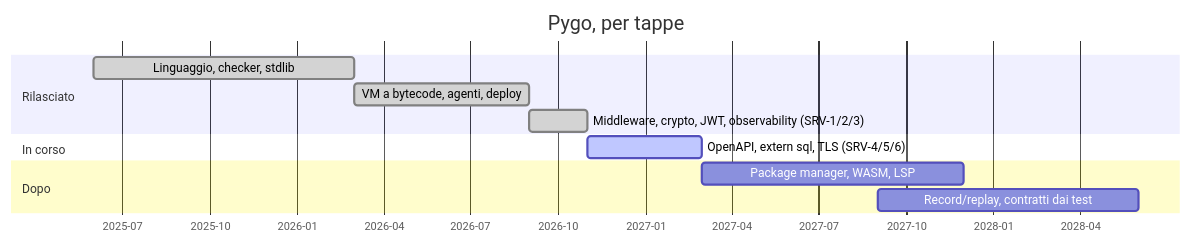
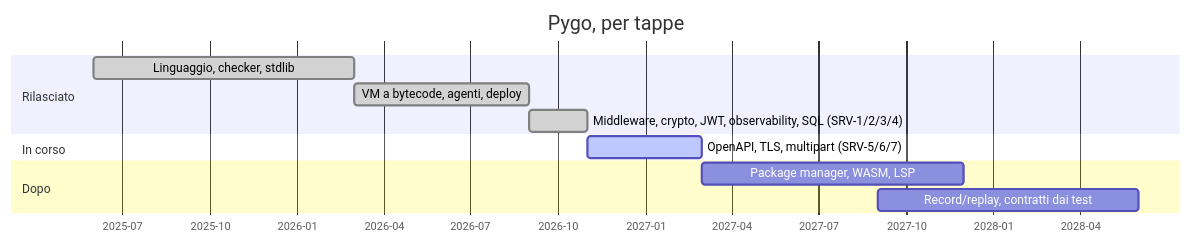
One commit to marcodc74/pygo changed the third of 3 diagrams in README.md. Above: the diagram before and after it, drawn with Mermaid. The commit also changed other lines of this file and 23 other files, not shown here.

First line of the commit message:
Add native PostgreSQL access as the sql stdlib module (SRV-4)

````diff
--- a/README.md
+++ b/README.md
@@ -449,15 +449,15 @@
 ```mermaid
 gantt
     title Pygo, per tappe
     dateFormat YYYY-MM-DD
     axisFormat %Y-%m
     section Rilasciato
     Linguaggio, checker, stdlib        :done, 2025-06-01, 2026-03-01
     VM a bytecode, agenti, deploy      :done, 2026-03-01, 2026-09-01
-    Middleware, crypto, JWT, observability (SRV-1/2/3) :done, 2026-09-01, 2026-11-01
+    Middleware, crypto, JWT, observability, SQL (SRV-1/2/3/4) :done, 2026-09-01, 2026-11-01
     section In corso
-    OpenAPI, extern sql, TLS (SRV-4/5/6) :active, 2026-11-01, 2027-03-01
+    OpenAPI, TLS, multipart (SRV-5/6/7) :active, 2026-11-01, 2027-03-01
     section Dopo
     Package manager, WASM, LSP         :2027-03-01, 2027-12-01
     Record/replay, contratti dai test  :2027-09-01, 2028-06-01
 ```
````
